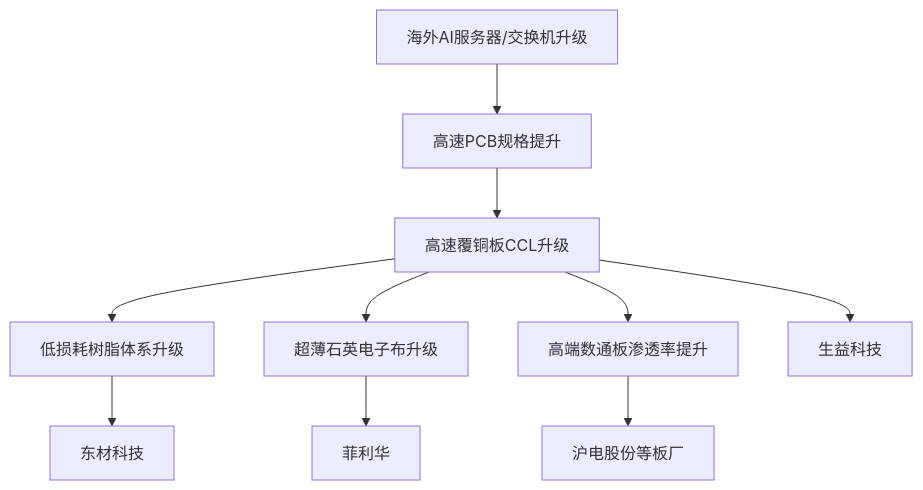
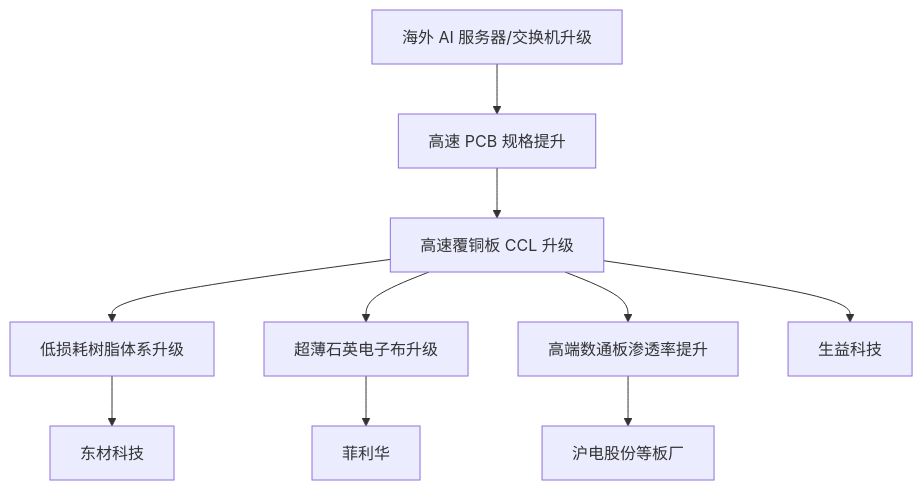
One commit to JiGW24/DeepNotes changed the second of 3 diagrams in 国内英伟达产业链供给分析与短期投资方向.md. Above: the diagram before and after it, drawn with Mermaid. The commit also changed other lines of this file and 6 other files, not shown here.

````diff
--- a/国内英伟达产业链供给分析与短期投资方向.md
+++ b/国内英伟达产业链供给分析与短期投资方向.md
@@ -105,12 +122,12 @@
 ```mermaid
 flowchart TD
-    A[海外AI服务器/交换机升级] --> B[高速PCB规格提升]
-    B --> C[高速覆铜板CCL升级]
+    A[海外 AI 服务器/交换机升级] --> B[高速 PCB 规格提升]
+    B --> C[高速覆铜板 CCL 升级]
     C --> D[低损耗树脂体系升级]
     C --> E[超薄石英电子布升级]
     C --> F[高端数通板渗透率提升]
     D --> G[东材科技]
     E --> H[菲利华]
     C --> I[生益科技]
     F --> J[沪电股份等板厂]
 ```
````
